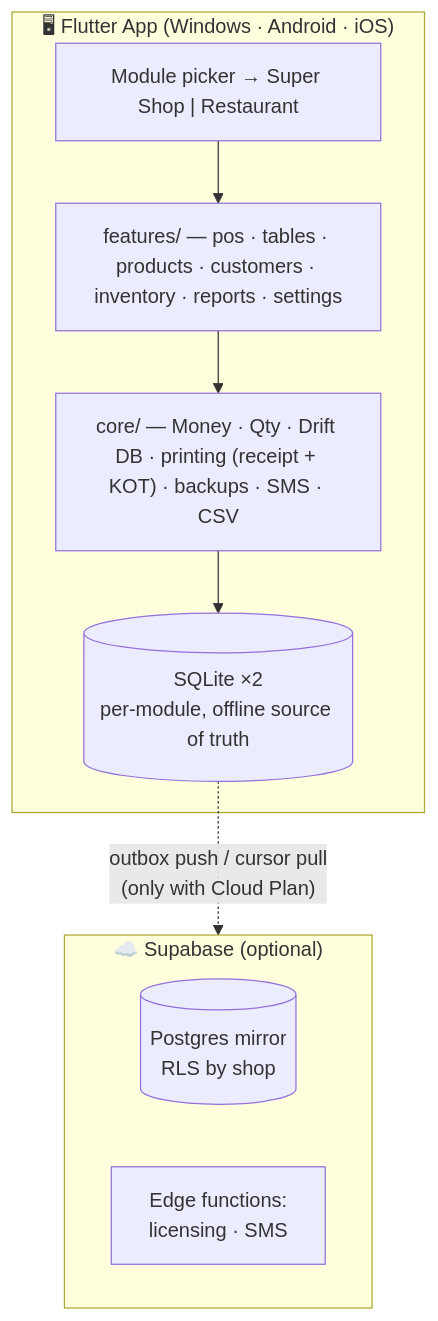
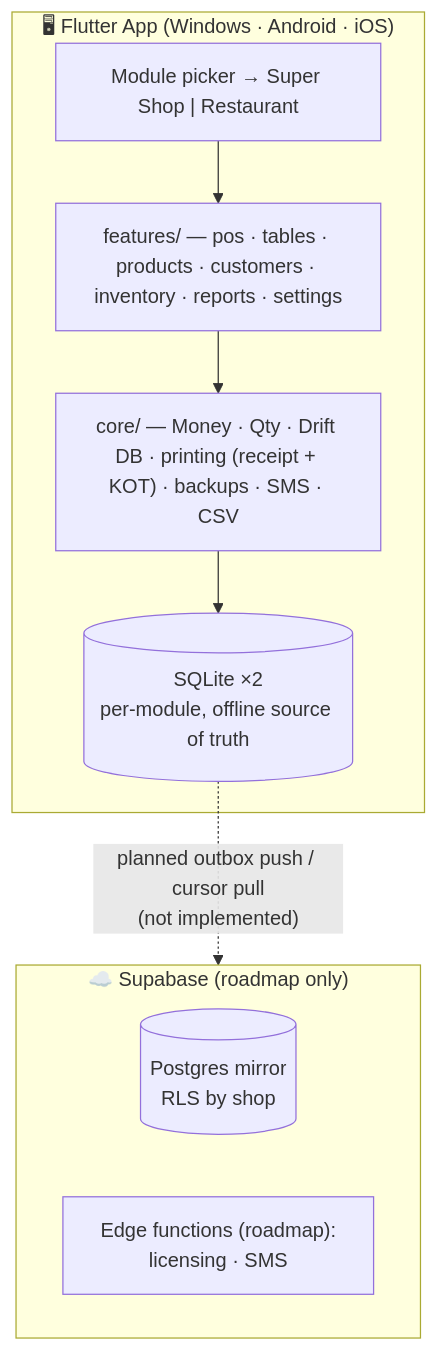
One commit to proffesergio/bechakena changed the diagram in README.md. Above: the diagram before and after it, drawn with Mermaid. The commit also changed other lines of this file and 31 other files, not shown here.

````diff
--- a/README.md
+++ b/README.md
@@ -158,15 +175,15 @@
 ```mermaid
 flowchart TB
     subgraph APP["🖥 Flutter App (Windows · Android · iOS)"]
         PICK["Module picker → Super Shop | Restaurant"]
         UI["features/ — pos · tables · products · customers · inventory · reports · settings"]
         CORE["core/ — Money · Qty · Drift DB · printing (receipt + KOT) · backups · SMS · CSV"]
         PICK --> UI --> CORE
         CORE --> DB[("SQLite ×2\nper-module, offline source of truth")]
     end
-    DB -. "outbox push / cursor pull\n(only with Cloud Plan)" .-> SB
-    subgraph SB["☁️ Supabase (optional)"]
+    DB -. "planned outbox push / cursor pull\n(not implemented)" .-> SB
+    subgraph SB["☁️ Supabase (roadmap only)"]
         PG[("Postgres mirror\nRLS by shop")]
-        EF["Edge functions:\nlicensing · SMS"]
+        EF["Edge functions (roadmap):\nlicensing · SMS"]
     end
 ```
````
